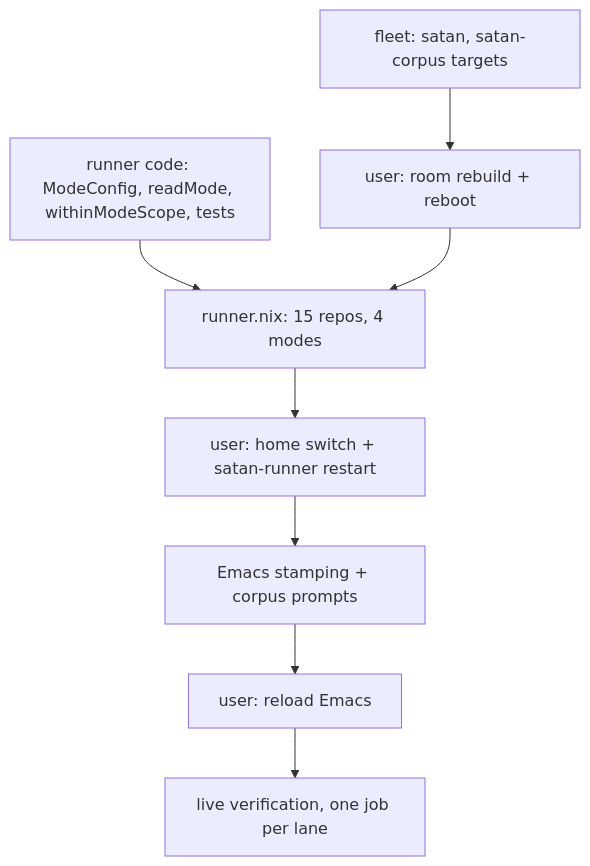
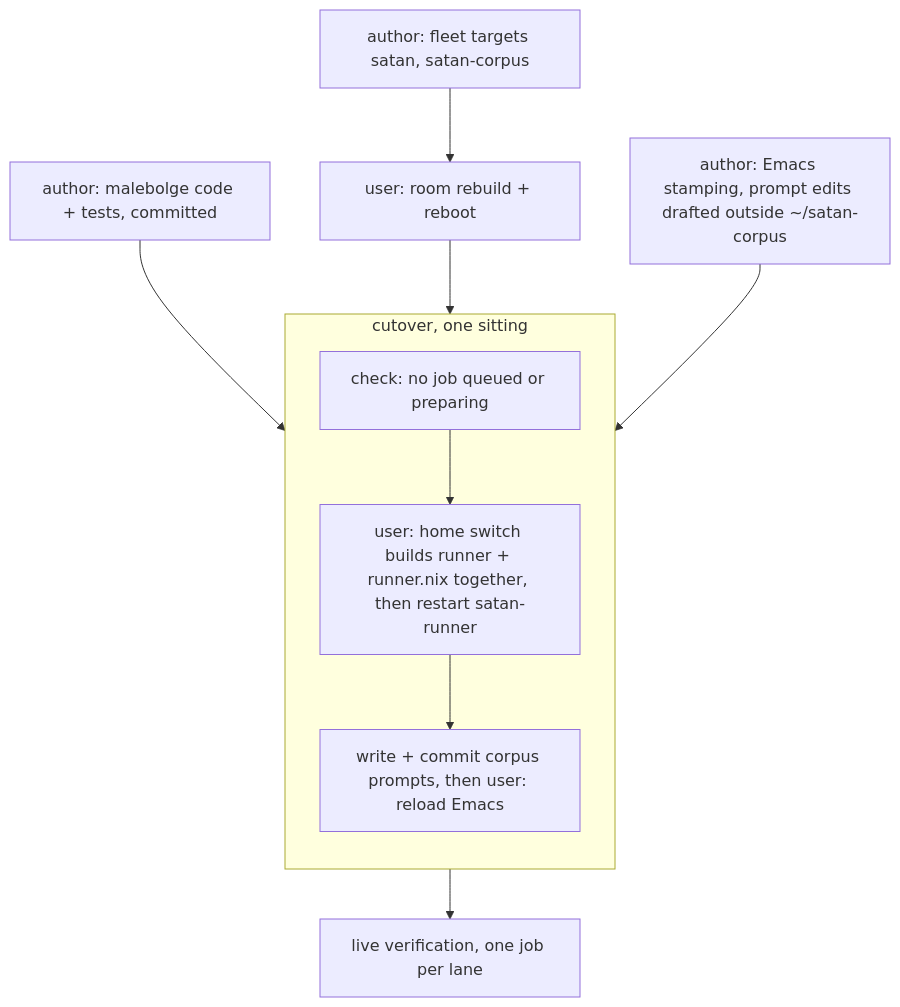
One commit to davidlee/satan changed the third of 3 diagrams in .doctrine/slice/025/design.md. Above: the diagram before and after it, drawn with Mermaid. The commit also changed other lines of this file and 3 other files, not shown here.

````diff
--- a/.doctrine/slice/025/design.md
+++ b/.doctrine/slice/025/design.md
@@ -349,10 +380,13 @@
 ```mermaid
 flowchart TD
-  A[runner code: ModeConfig, readMode, withinModeScope, tests] --> C
-  B[fleet: satan, satan-corpus targets] --> B2[user: room rebuild + reboot]
-  B2 --> C[runner.nix: 15 repos, 4 modes]
-  C --> C2[user: home switch + satan-runner restart]
-  C2 --> D[Emacs stamping + corpus prompts]
-  D --> D2[user: reload Emacs]
-  D2 --> E[live verification, one job per lane]
+  A["author: malebolge code + tests, committed"] --> S
+  B["author: fleet targets satan, satan-corpus"] --> B2["user: room rebuild + reboot"]
+  B2 --> S
+  P["author: Emacs stamping, prompt edits drafted outside ~/satan-corpus"] --> S
+  subgraph S["cutover, one sitting"]
+    direction TB
+    S1["check: no job queued or preparing"] --> S2["user: home switch builds runner + runner.nix together, then restart satan-runner"]
+    S2 --> S3["write + commit corpus prompts, then user: reload Emacs"]
+  end
+  S --> E["live verification, one job per lane"]
 ```
````
